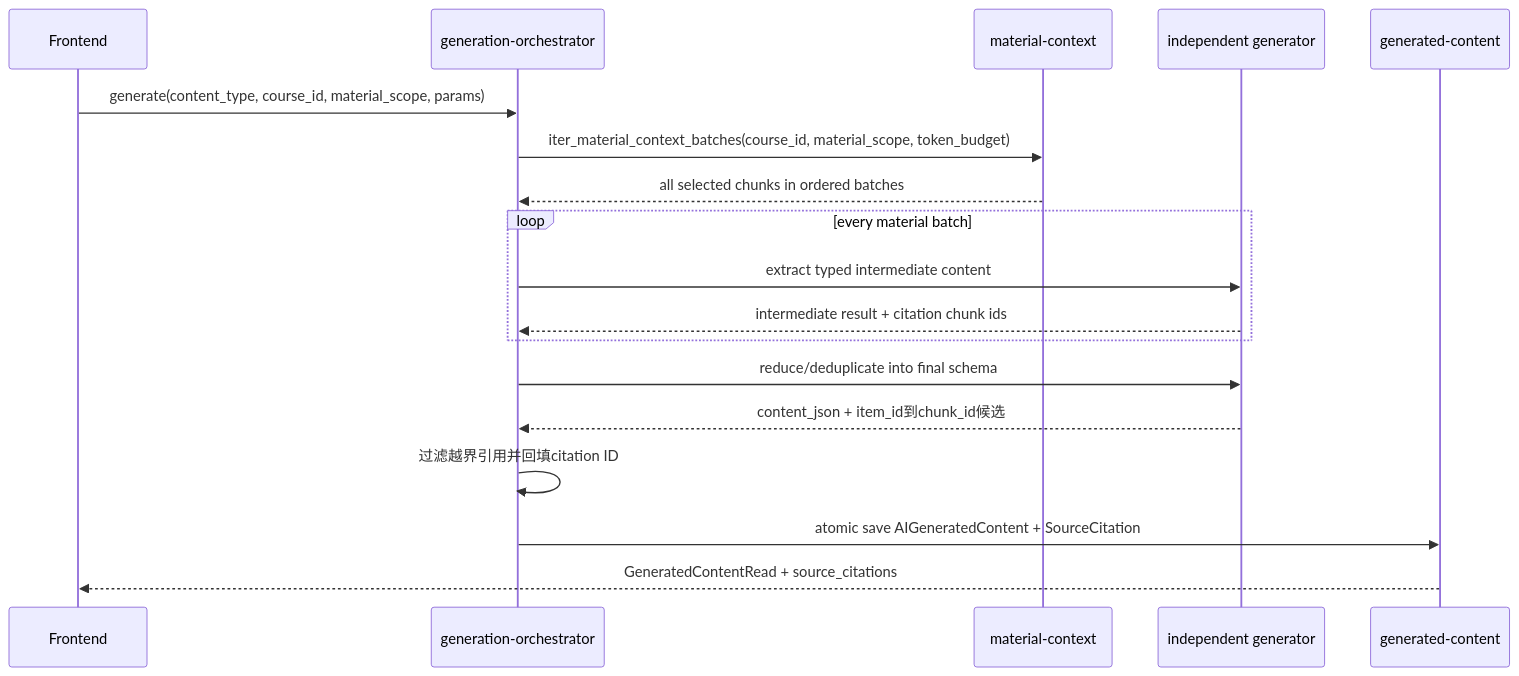
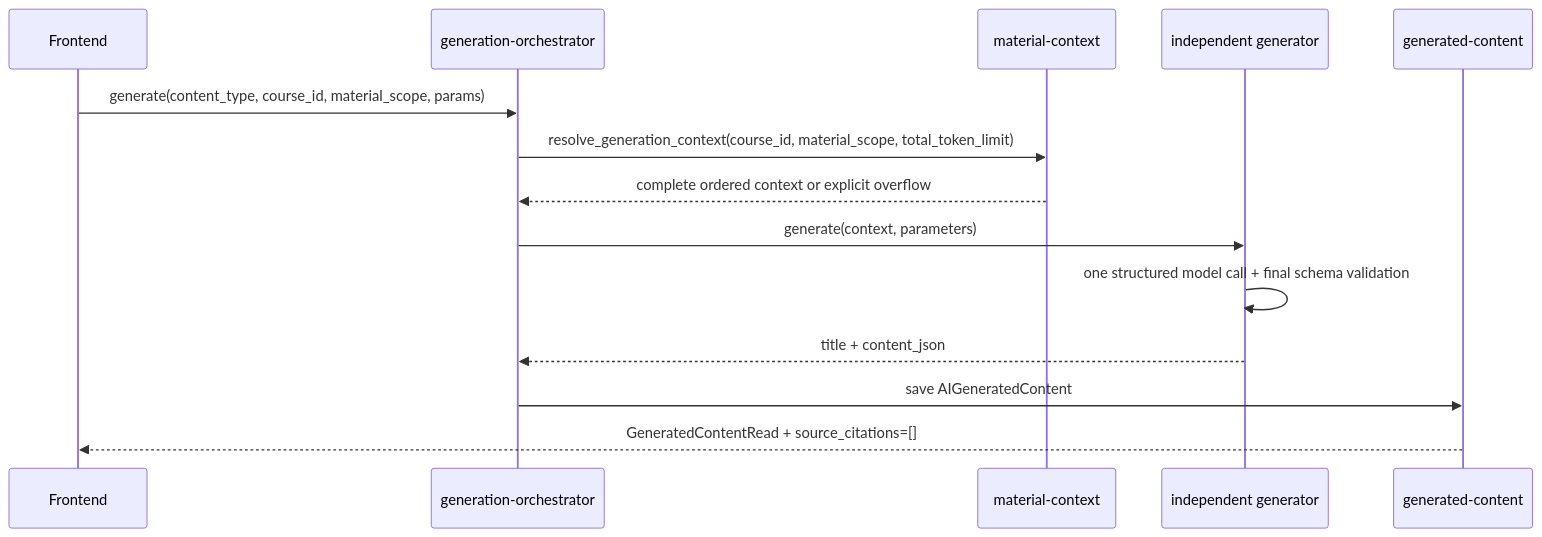
Before and after one commit to cyruan815/CourseNexus: the third of 9 diagrams in docs/architecture/runtime-flows.md, drawn with Mermaid. The commit also changed other lines of this file and 79 other files, not shown here.

````diff
--- a/docs/architecture/runtime-flows.md
+++ b/docs/architecture/runtime-flows.md
@@ -91,21 +95,17 @@
 ```mermaid
 sequenceDiagram
     participant FE as Frontend
     participant O as generation-orchestrator
     participant CTX as material-context
     participant G as independent generator
     participant Store as generated-content
 
     FE->>O: generate(content_type, course_id, material_scope, params)
-    O->>CTX: iter_material_context_batches(course_id, material_scope, token_budget)
-    CTX-->>O: all selected chunks in ordered batches
-    loop every material batch
-        O->>G: extract typed intermediate content
-        G-->>O: intermediate result + citation chunk ids
-    end
-    O->>G: reduce/deduplicate into final schema
-    G-->>O: content_json + item_id到chunk_id候选
-    O->>O: 过滤越界引用并回填citation ID
-    O->>Store: atomic save AIGeneratedContent + SourceCitation
-    Store-->>FE: GeneratedContentRead + source_citations
+    O->>CTX: resolve_generation_context(course_id, material_scope, total_token_limit)
+    CTX-->>O: complete ordered context or explicit overflow
+    O->>G: generate(context, parameters)
+    G->>G: one structured model call + final schema validation
+    G-->>O: title + content_json
+    O->>Store: save AIGeneratedContent
+    Store-->>FE: GeneratedContentRead + source_citations=[]
 ```
````
